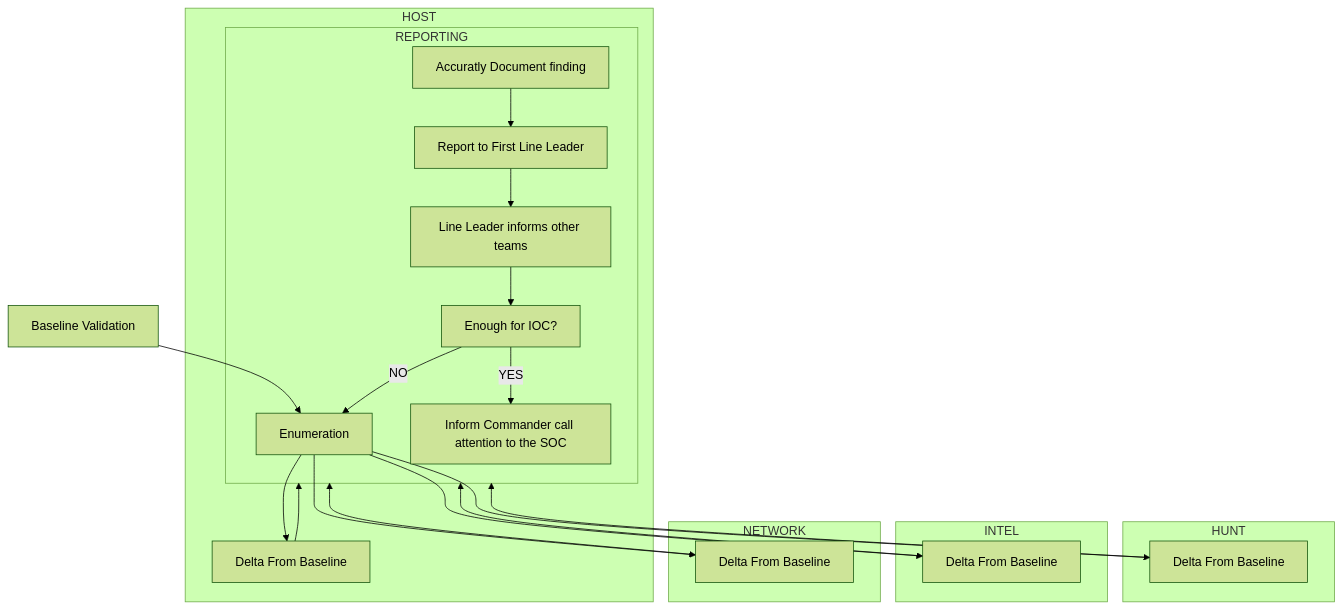
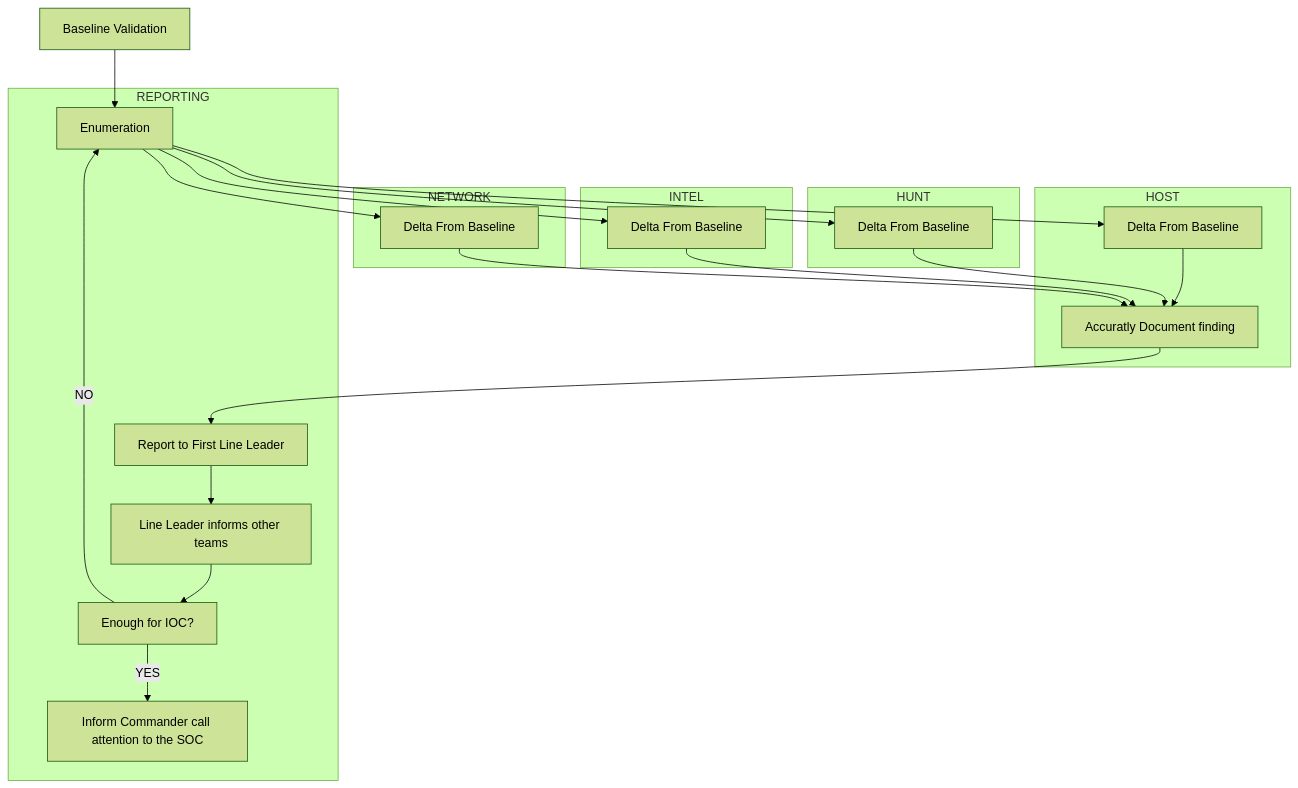
The diagram in team_flow.md (huntmckay/cyberflow), drawn with Mermaid (forest theme) before and after one commit.

````diff
--- a/team_flow.md
+++ b/team_flow.md
@@ -1,44 +1,44 @@
 ```mermaid
 ---
 Title: Scanning and Validation Flow
 ---
 flowchart TD
     A[Baseline Validation] --> B
     B[Enumeration]
 
     subgraph HOST 
-    HOST1[Delta From Baseline] --> REPORTING
+    HOST1[Delta From Baseline] --> R1
     end
 
     subgraph HUNT 
-    HUNT1[Delta From Baseline] --> REPORTING
+    HUNT1[Delta From Baseline] --> R1
     end
 
     subgraph INTEL 
-    INTEL1[Delta From Baseline] --> REPORTING
+    INTEL1[Delta From Baseline] --> R1
     end
 
     subgraph NETWORK 
-    NETWORK1[Delta From Baseline] --> REPORTING
+    NETWORK1[Delta From Baseline] --> R1
     end
 
     B --> HOST1
     B --> HUNT1
     B --> INTEL1
     B --> NETWORK1
 
     subgraph REPORTING
     R1[Accuratly Document finding]
     R2[Report to First Line Leader]
     R3[Line Leader informs other teams]
     R4[Enough for IOC?]
     R5[Inform Commander call attention to the SOC]
 
     R1 --> R2
     R2 --> R3
     R3 --> R4
     R4 -- YES --> R5
     R4 -- NO --> B
     end
 
 ```
````
